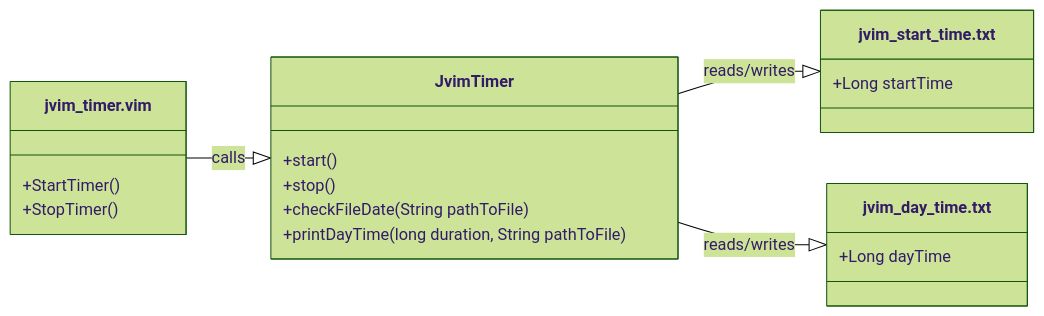
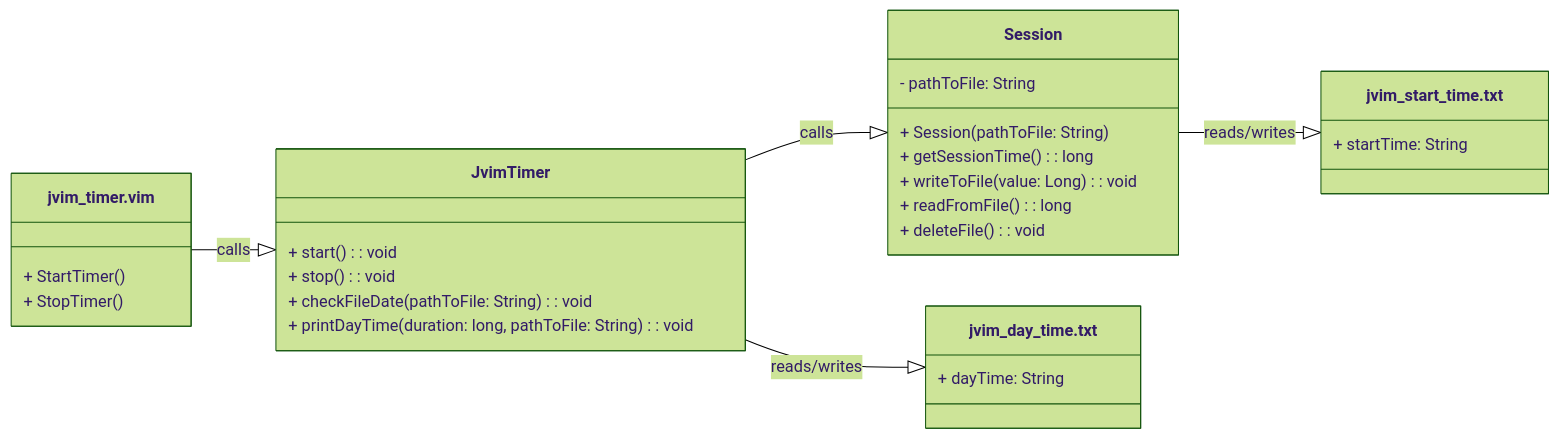
One commit to AlexandrAnatoliev/vim-config changed the first of 2 diagrams in pack/my-plugins/start/jvim-timer/README.md. Above: the diagram before and after it, drawn with Mermaid (forest theme). The commit also changed other lines of this file and 4 other files, not shown here.

Commit message:
fix: update jvim-timer plugin

````diff
--- a/pack/my-plugins/start/jvim-timer/README.md
+++ b/pack/my-plugins/start/jvim-timer/README.md
@@ -86,28 +87,38 @@
 ```mermaid
 classDiagram
   direction LR
   
   class jvim_timer.vim {
-    +StartTimer()
-    +StopTimer()
+    + StartTimer()
+    + StopTimer()
   }
 
   class JvimTimer {
-    +start()
-    +stop()
-    +checkFileDate(String pathToFile)
-    +printDayTime(long duration, String pathToFile)
+    + start(): void
+    + stop(): void
+    + checkFileDate(pathToFile: String): void
+    + printDayTime(duration: long, pathToFile: String): void
+  }
+
+  class Session {
+    - pathToFile: String
+    + Session(pathToFile: String)
+    + getSessionTime(): long
+    + writeToFile(value: Long): void
+    + readFromFile(): long
+    + deleteFile(): void
   }
 
   class jvim_start_time.txt {
-    +Long startTime
+    + startTime: String 
   }
 
   class jvim_day_time.txt {
-    +Long dayTime
+    + dayTime: String
   }
 
   jvim_timer.vim --|> JvimTimer : calls
-  JvimTimer --|> jvim_start_time.txt : reads/writes
+  JvimTimer --|> Session : calls
+  Session --|> jvim_start_time.txt : reads/writes
   JvimTimer --|> jvim_day_time.txt : reads/writes
 ```
````
